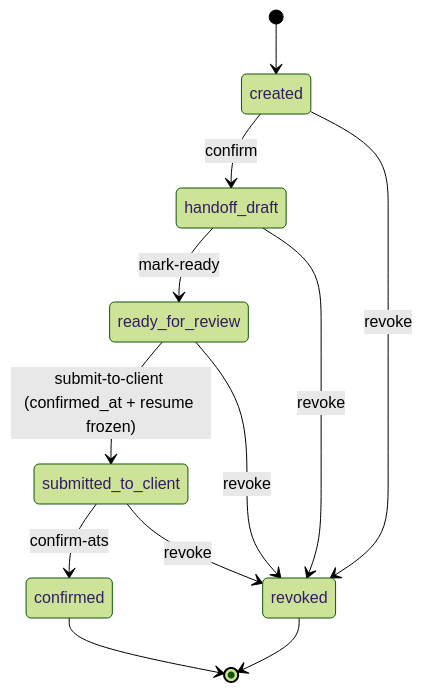
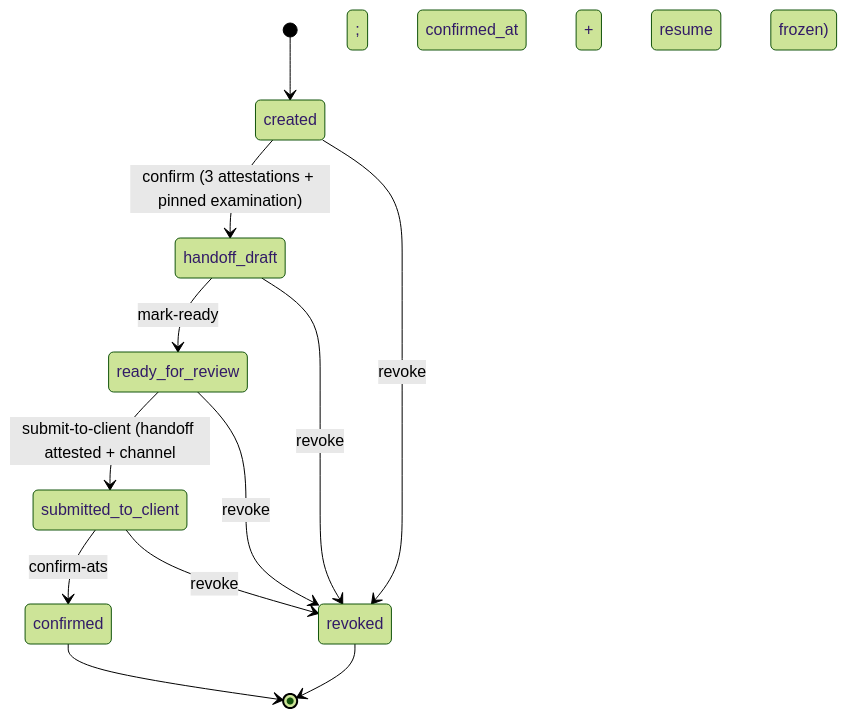
One commit to astreinc/aramo-platform changed the second of 4 diagrams in doc/recon/as-built/D08-submittal-engagement-policy.md. Above: the diagram before and after it, drawn with Mermaid (forest theme). The commit also changed other lines of this file and 59 other files, not shown here.

````diff
--- a/doc/recon/as-built/D08-submittal-engagement-policy.md
+++ b/doc/recon/as-built/D08-submittal-engagement-policy.md
@@ -136,14 +157,14 @@
 ```mermaid
 stateDiagram-v2
     [*] --> created
-    created --> handoff_draft: confirm
+    created --> handoff_draft: confirm (3 attestations + pinned examination)
     handoff_draft --> ready_for_review: mark-ready
-    ready_for_review --> submitted_to_client: submit-to-client (confirmed_at + resume frozen)
+    ready_for_review --> submitted_to_client: submit-to-client (handoff attested + channel; confirmed_at + resume frozen)
     submitted_to_client --> confirmed: confirm-ats
     created --> revoked: revoke
     handoff_draft --> revoked: revoke
     ready_for_review --> revoked: revoke
     submitted_to_client --> revoked: revoke
     confirmed --> [*]
     revoked --> [*]
 ```
````
